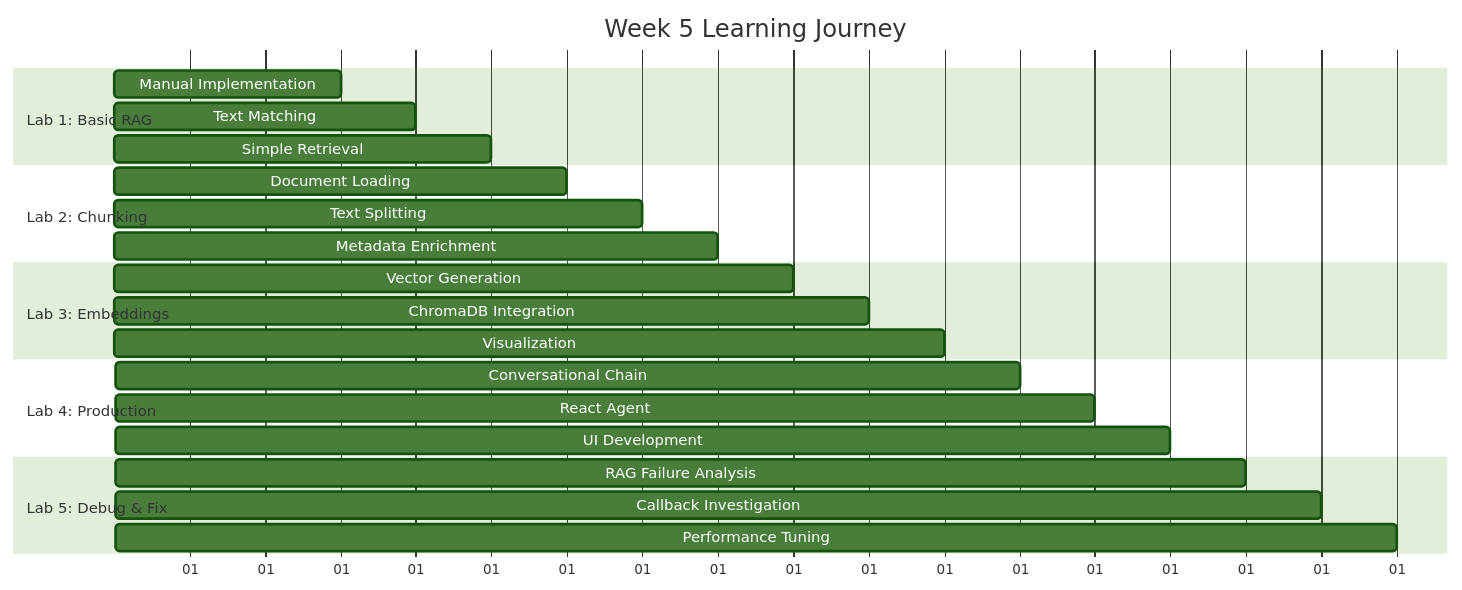
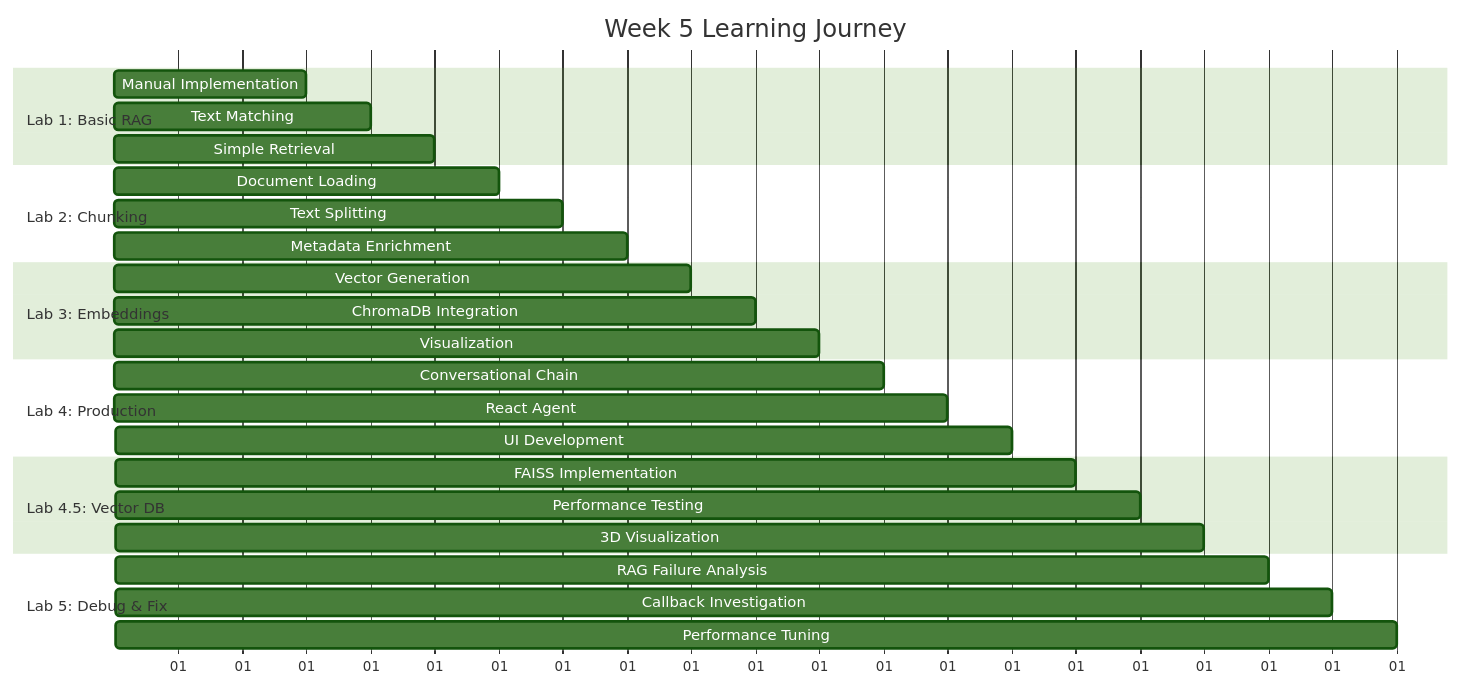
Before and after one commit to Jai-Keshav-Sharma/LLM-Engineering: the second of 13 diagrams in 5_week/README.md, drawn with Mermaid (forest theme). The commit also changed other lines of this file and 1 other file, not shown here.

````diff
--- a/5_week/README.md
+++ b/5_week/README.md
@@ -65,31 +72,36 @@
 ```mermaid
 gantt
     title Week 5 Learning Journey
     dateFormat X
     axisFormat %d
     
     section Lab 1: Basic RAG
     Manual Implementation    :1, 3
     Text Matching           :2, 4
     Simple Retrieval        :3, 5
     
     section Lab 2: Chunking
     Document Loading        :4, 6
     Text Splitting          :5, 7
     Metadata Enrichment     :6, 8
     
     section Lab 3: Embeddings
     Vector Generation       :7, 9
     ChromaDB Integration    :8, 10
     Visualization          :9, 11
     
     section Lab 4: Production
     Conversational Chain    :10, 12
     React Agent            :11, 13
     UI Development         :12, 14
     
+    section Lab 4.5: Vector DB
+    FAISS Implementation   :13, 15
+    Performance Testing    :14, 16
+    3D Visualization      :15, 17
+    
     section Lab 5: Debug & Fix
-    RAG Failure Analysis   :13, 15
-    Callback Investigation :14, 16
-    Performance Tuning     :15, 17
+    RAG Failure Analysis   :16, 18
+    Callback Investigation :17, 19
+    Performance Tuning     :18, 20
 ```
````
